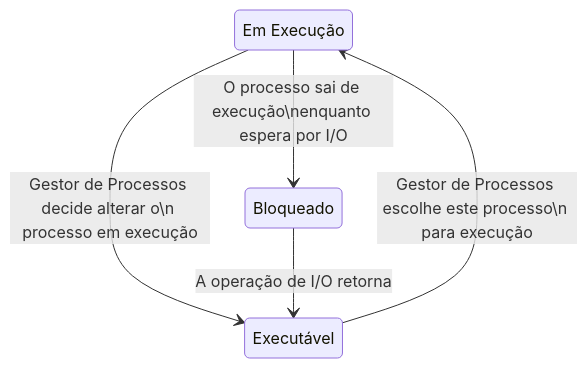
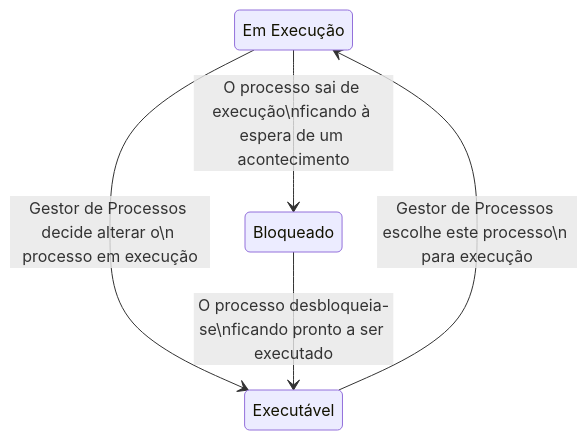
Before and after one commit to leic-pt/resumos-leic: the first of 3 diagrams in content/so/0009-process-management.md, drawn with Mermaid. The commit also changed other lines of this file and 11 other files, not shown here.

````diff
--- a/content/so/0009-process-management.md
+++ b/content/so/0009-process-management.md
@@ -57,10 +75,11 @@
 ```mermaid
 stateDiagram-v2
     exec: Em Execução
     blocked: Bloqueado
     executable: Executável
+
     exec --> executable : Gestor de Processos decide alterar o\n processo em execução
-    exec --> blocked : O processo sai de execução\nenquanto espera por I/O
-    blocked --> executable : A operação de I/O retorna
+    exec --> blocked : O processo sai de execução\nficando à espera de um acontecimento
+    blocked --> executable : O processo desbloqueia-se\nficando pronto a ser executado
     executable --> exec : Gestor de Processos escolhe este processo\n para execução
 ```
````
